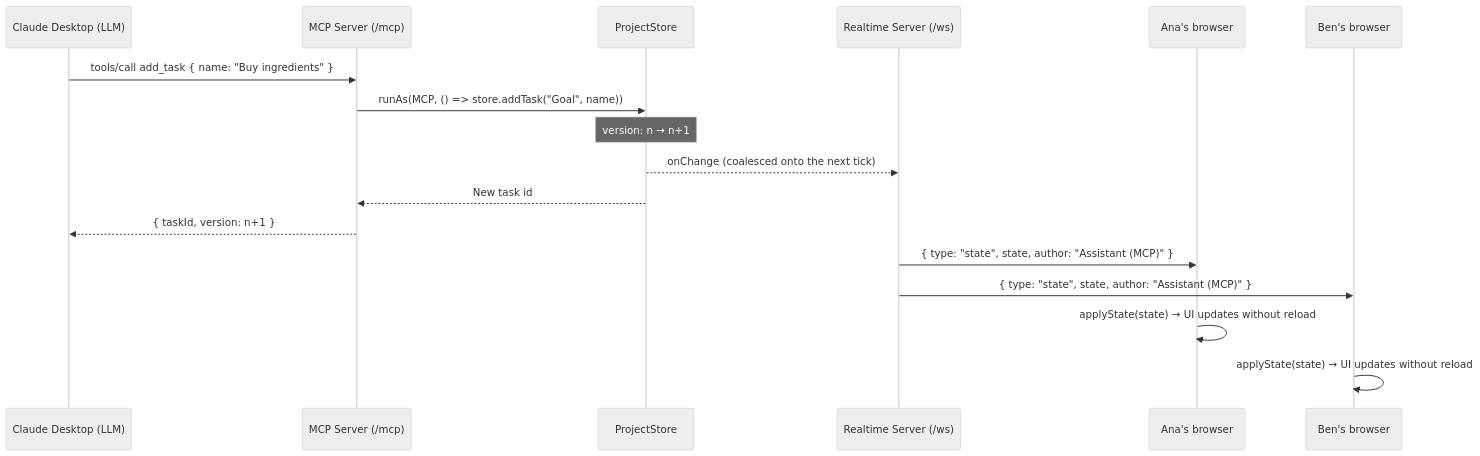
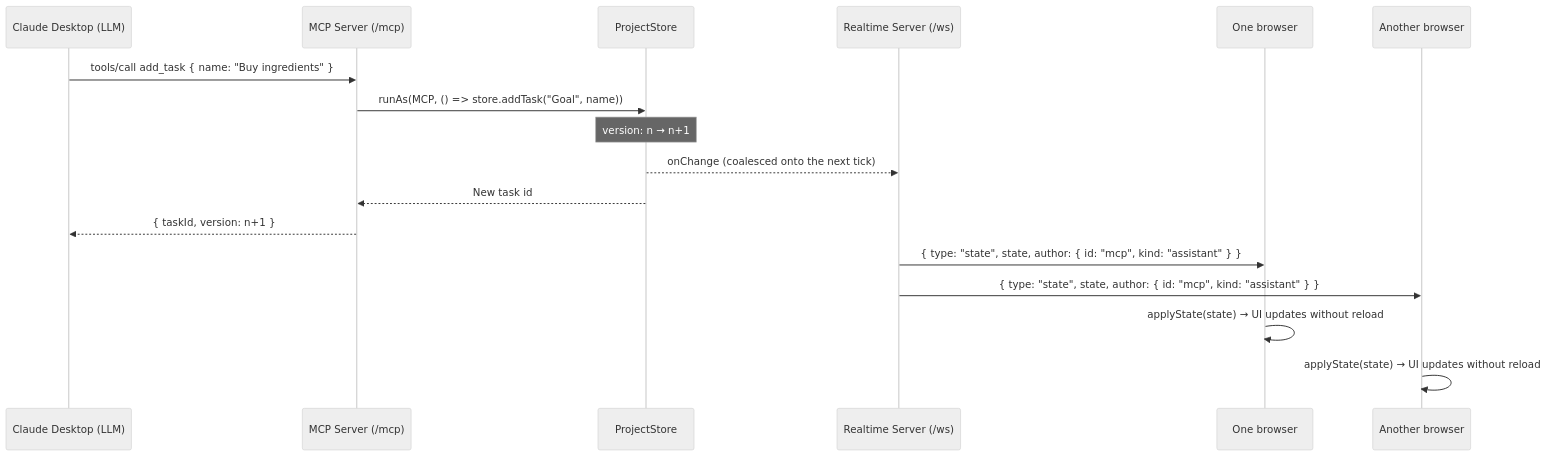
One commit to tantinlala/blossom-mcp changed the second of 4 diagrams in docs/architecture/sequences.md. Above: the diagram before and after it, drawn with Mermaid (neutral theme). The commit also changed 18 other files, not shown here.

````diff
--- a/docs/architecture/sequences.md
+++ b/docs/architecture/sequences.md
@@ -28,21 +28,21 @@
 ```mermaid
 sequenceDiagram
     participant L as Claude Desktop (LLM)
     participant M as MCP Server (/mcp)
     participant S as ProjectStore
     participant R as Realtime Server (/ws)
-    participant F as Ana's browser
-    participant G as Ben's browser
+    participant F as One browser
+    participant G as Another browser
 
     L->>M: tools/call add_task { name: "Buy ingredients" }
     M->>S: runAs(MCP, () => store.addTask("Goal", name))
     Note over S: version: n → n+1
     S-->>R: onChange (coalesced onto the next tick)
     S-->>M: New task id
     M-->>L: { taskId, version: n+1 }
 
-    R->>F: { type: "state", state, author: "Assistant (MCP)" }
-    R->>G: { type: "state", state, author: "Assistant (MCP)" }
+    R->>F: { type: "state", state, author: { id: "mcp", kind: "assistant" } }
+    R->>G: { type: "state", state, author: { id: "mcp", kind: "assistant" } }
     F->>F: applyState(state) → UI updates without reload
     G->>G: applyState(state) → UI updates without reload
 ```
````
